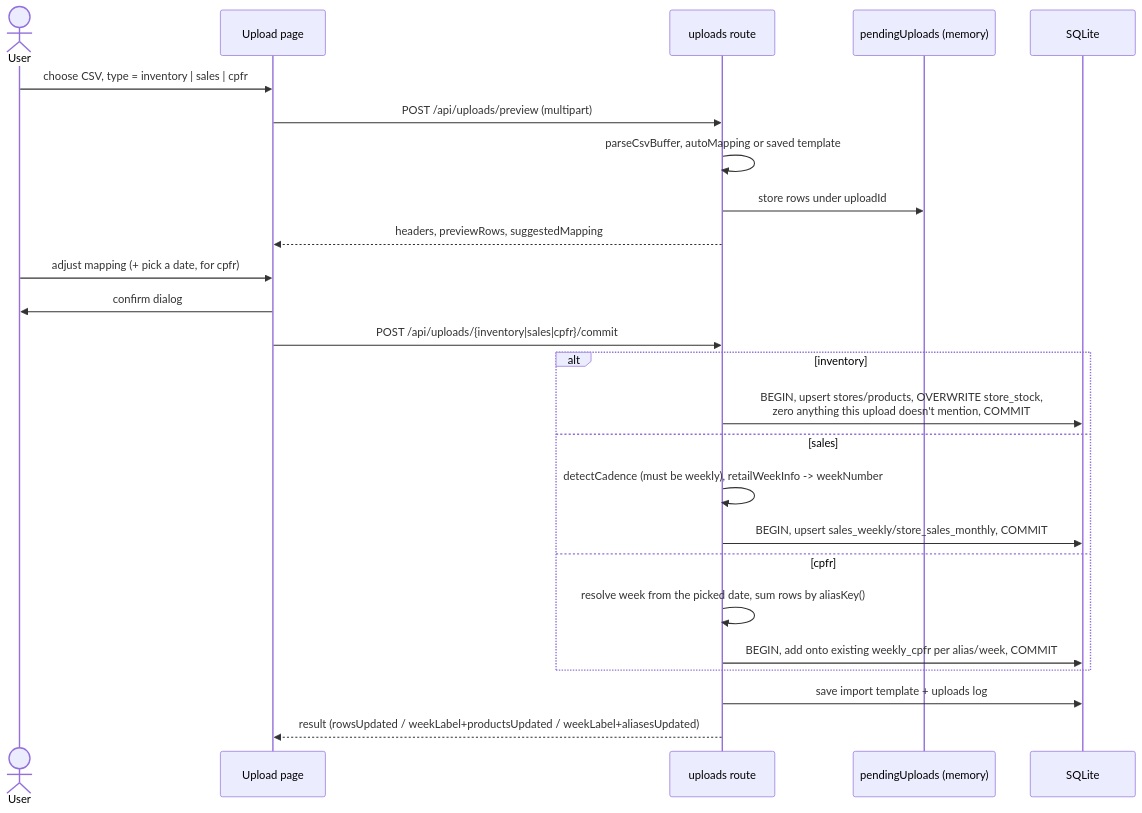
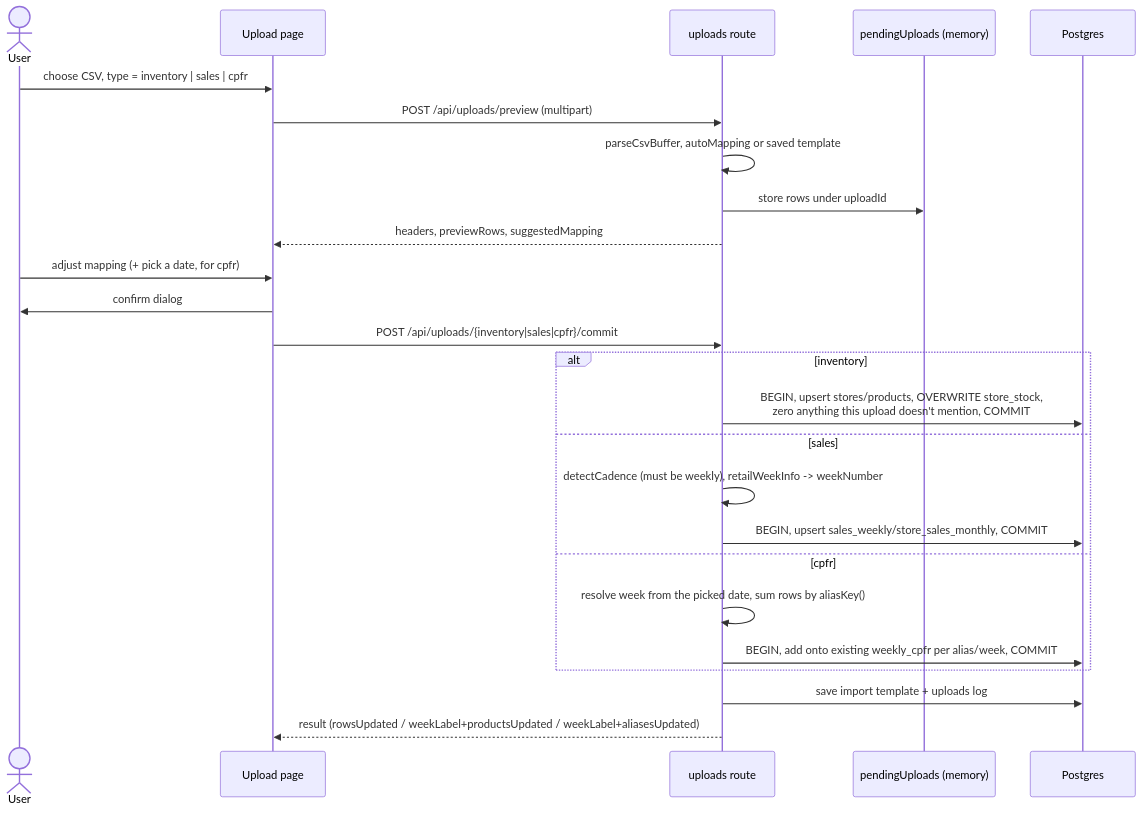
The sixth of 9 diagrams in docs/ARCHITECTURE.md (phonevilleofficial2025/stock-predictor), drawn with Mermaid before and after one commit. The commit also changed other lines of this file and 33 other files, not shown here.

````diff
--- a/docs/ARCHITECTURE.md
+++ b/docs/ARCHITECTURE.md
@@ -176,27 +181,27 @@
 ```mermaid
 sequenceDiagram
   actor U as User
   participant C as Upload page
   participant S as uploads route
   participant M as pendingUploads (memory)
-  participant D as SQLite
+  participant D as Postgres
   U->>C: choose CSV, type = inventory | sales | cpfr
   C->>S: POST /api/uploads/preview (multipart)
   S->>S: parseCsvBuffer, autoMapping or saved template
   S->>M: store rows under uploadId
   S-->>C: headers, previewRows, suggestedMapping
   U->>C: adjust mapping (+ pick a date, for cpfr)
   C->>U: confirm dialog
   C->>S: POST /api/uploads/{inventory|sales|cpfr}/commit
   alt inventory
     S->>D: BEGIN, upsert stores/products, OVERWRITE store_stock,<br/>zero anything this upload doesn't mention, COMMIT
   else sales
     S->>S: detectCadence (must be weekly), retailWeekInfo -> weekNumber
     S->>D: BEGIN, upsert sales_weekly/store_sales_monthly, COMMIT
   else cpfr
     S->>S: resolve week from the picked date, sum rows by aliasKey()
     S->>D: BEGIN, add onto existing weekly_cpfr per alias/week, COMMIT
   end
   S->>D: save import template + uploads log
   S-->>C: result (rowsUpdated / weekLabel+productsUpdated / weekLabel+aliasesUpdated)
 ```
````
